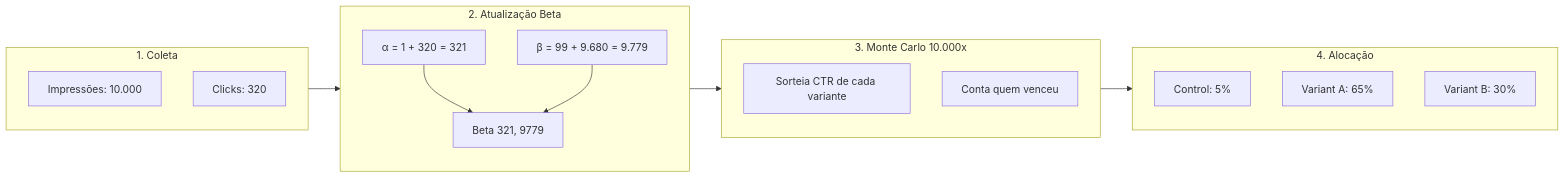
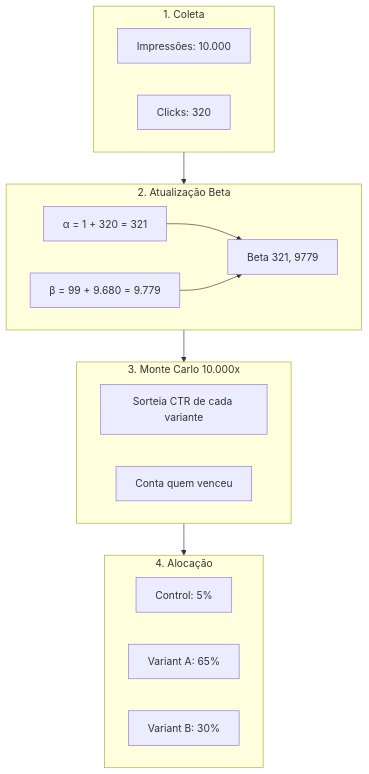
Before and after one commit to WillNery/mab-optimization-api: the second of 2 diagrams in mab-api-git/README.md, drawn with Mermaid.

````diff
--- a/mab-api-git/README.md
+++ b/mab-api-git/README.md
@@ -78,28 +78,30 @@
 ```mermaid
-flowchart LR
+flowchart TB
     subgraph Dados["1. Coleta"]
         D1["Impressões: 10.000"]
         D2["Clicks: 320"]
     end
 
     subgraph Beta["2. Atualização Beta"]
         B1["α = 1 + 320 = 321"]
         B2["β = 99 + 9.680 = 9.779"]
         B3["Beta 321, 9779"]
         B1 --> B3
         B2 --> B3
     end
 
     subgraph MC["3. Monte Carlo 10.000x"]
         MC1["Sorteia CTR de cada variante"]
         MC2["Conta quem venceu"]
     end
 
     subgraph Result["4. Alocação"]
         R1["Control: 5%"]
         R2["Variant A: 65%"]
         R3["Variant B: 30%"]
     end
 
-    Dados --> Beta --> MC --> Result
+    Dados --> Beta
+    Beta --> MC
+    MC --> Result
 ```
````
